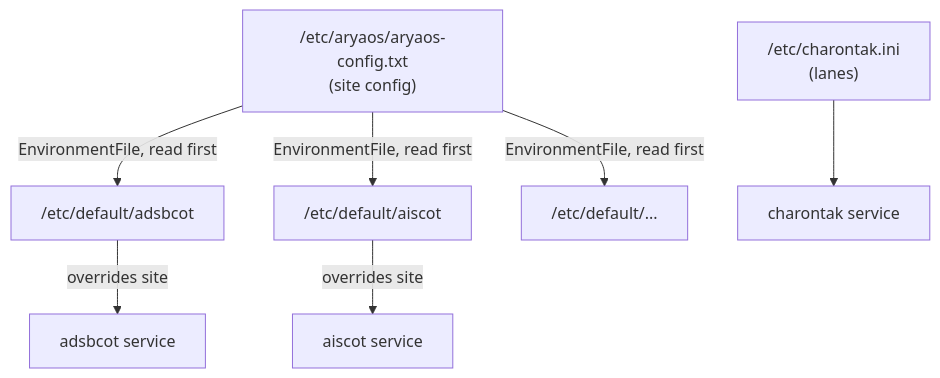
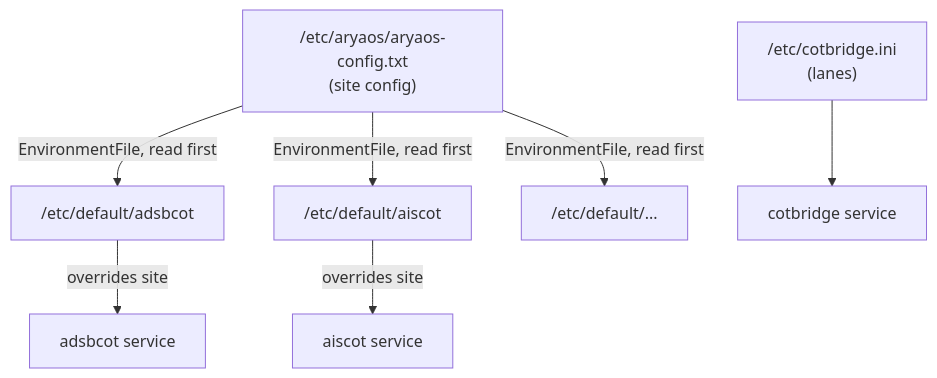
Before and after one commit to snstac/aryaos: the diagram in docs/config/index.md, drawn with Mermaid. The commit also changed other lines of this file and 180 other files, not shown here.

````diff
--- a/docs/config/index.md
+++ b/docs/config/index.md
@@ -7,14 +7,14 @@
 ```mermaid
 flowchart TD
   site["/etc/aryaos/aryaos-config.txt<br/>(site config)"]
   svc1["/etc/default/adsbcot"]
   svc2["/etc/default/aiscot"]
   svc3["/etc/default/..."]
-  ct["/etc/charontak.ini<br/>(lanes)"]
+  ct["/etc/cotbridge.ini<br/>(lanes)"]
   site -->|EnvironmentFile, read first| svc1
   site -->|EnvironmentFile, read first| svc2
   site -->|EnvironmentFile, read first| svc3
   svc1 -->|overrides site| gw1[adsbcot service]
   svc2 -->|overrides site| gw2[aiscot service]
-  ct --> charontak[charontak service]
+  ct --> cotbridge[cotbridge service]
 ```
````
